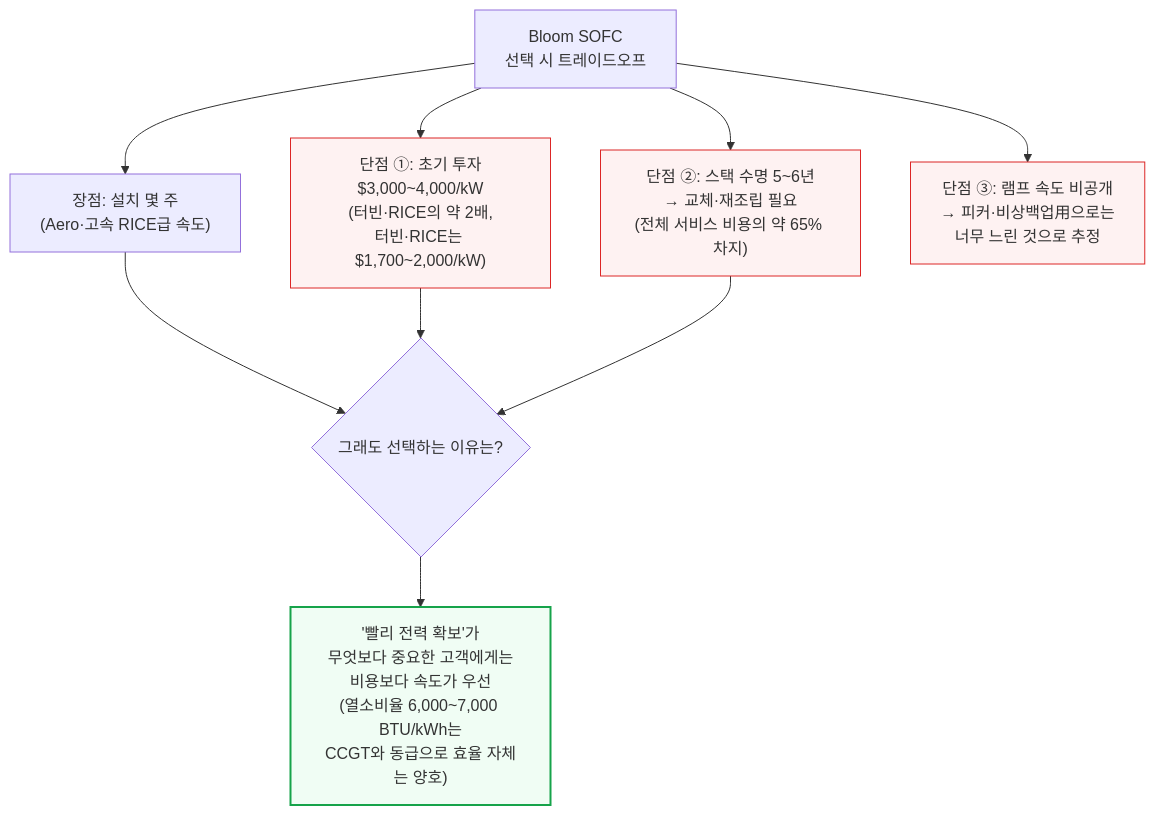
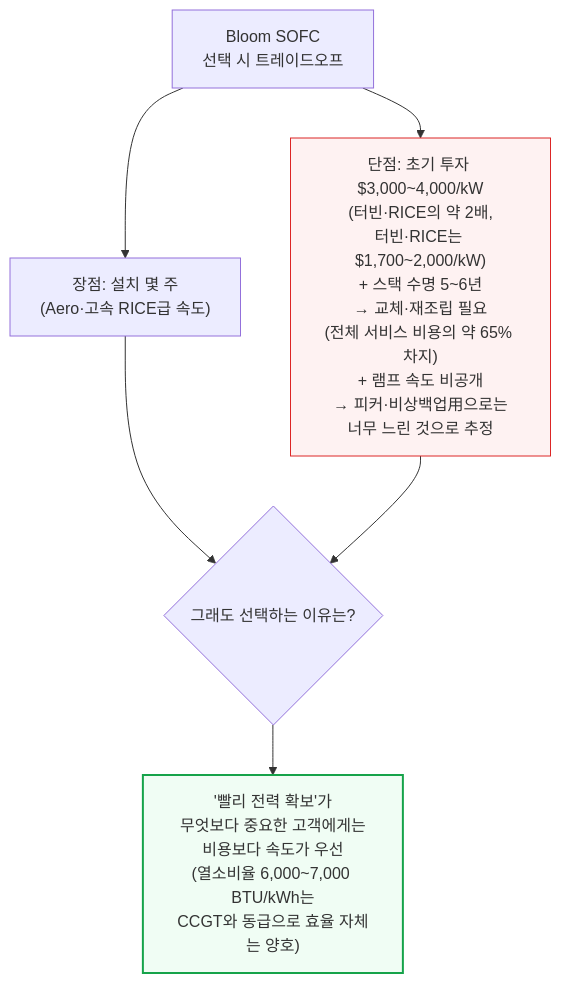
Diagram 15 of 34 in 원본 해석/[251231] AI 랩들은 어떻게 전력난을 해결하는가 - 온사이트 가스 딥다이브.md (yohan4477/semi-report), drawn with Mermaid before and after one commit. The commit also changed other lines of this file, not shown here.

First line of the commit message:
Fix all remaining diagram width violations in onsite gas doc (v14.0)

````diff
--- a/원본 해석/[251231] AI 랩들은 어떻게 전력난을 해결하는가 - 온사이트 가스 딥다이브.md
+++ b/원본 해석/[251231] AI 랩들은 어떻게 전력난을 해결하는가 - 온사이트 가스 딥다이브.md
@@ -502,17 +477,12 @@
 ```mermaid
 flowchart TD
     Bloom["Bloom SOFC<br/>선택 시 트레이드오프"] --> Pro["장점: 설치 몇 주<br/>(Aero·고속 RICE급 속도)"]
-    Bloom --> Con1["단점 ①: 초기 투자<br/>$3,000~4,000/kW<br/>(터빈·RICE의 약 2배,<br/>터빈·RICE는 $1,700~2,000/kW)"]
-    Bloom --> Con2["단점 ②: 스택 수명 5~6년<br/>→ 교체·재조립 필요<br/>(전체 서비스 비용의 약 65% 차지)"]
-    Bloom --> Con3["단점 ③: 램프 속도 비공개<br/>→ 피커·비상백업用으로는<br/>너무 느린 것으로 추정"]
+    Bloom --> Cons["단점: 초기 투자 $3,000~4,000/kW<br/>(터빈·RICE의 약 2배,<br/>터빈·RICE는 $1,700~2,000/kW)<br/>+ 스택 수명 5~6년<br/>→ 교체·재조립 필요<br/>(전체 서비스 비용의 약 65% 차지)<br/>+ 램프 속도 비공개<br/>→ 피커·비상백업用으로는<br/>너무 느린 것으로 추정"]
 
     Pro --> Verdict{"그래도 선택하는 이유는?"}
-    Con1 --> Verdict
-    Con2 --> Verdict
+    Cons --> Verdict
     Verdict --> Reason["'빨리 전력 확보'가<br/>무엇보다 중요한 고객에게는<br/>비용보다 속도가 우선<br/>(열소비율 6,000~7,000 BTU/kWh는<br/>CCGT와 동급으로 효율 자체는 양호)"]
 
-    style Con1 fill:#fef2f2,stroke:#dc2626
-    style Con2 fill:#fef2f2,stroke:#dc2626
-    style Con3 fill:#fef2f2,stroke:#dc2626
+    style Cons fill:#fef2f2,stroke:#dc2626
     style Reason fill:#f0fdf4,stroke:#16a34a,stroke-width:2px
 ```
````
